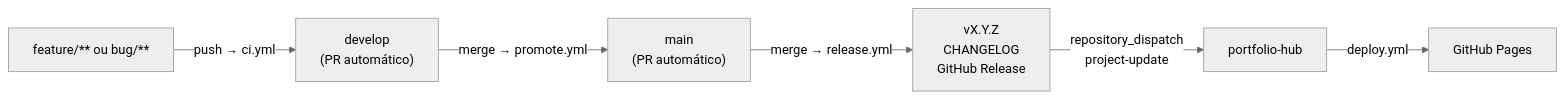
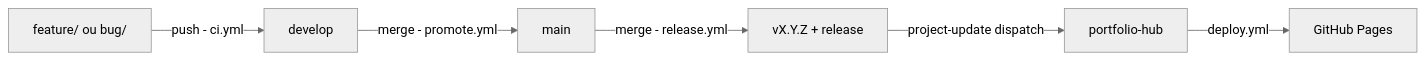
Before and after one commit to MatheusAzevedoDev/portfolio-hub: the fifth of 6 diagrams in docs/gitops-portfolio-lambda/architecture.md, drawn with Mermaid (neutral theme). The commit also changed other lines of this file and 11 other files, not shown here.

````diff
--- a/docs/gitops-portfolio-lambda/architecture.md
+++ b/docs/gitops-portfolio-lambda/architecture.md
@@ -202,8 +201,8 @@
 ```mermaid
 flowchart LR
-    F["feature/** ou bug/**"] -->|"push → ci.yml"| D["develop\n(PR automático)"]
-    D -->|"merge → promote.yml"| M["main\n(PR automático)"]
-    M -->|"merge → release.yml"| R["vX.Y.Z\nCHANGELOG\nGitHub Release"]
-    R -->|"repository_dispatch\nproject-update"| H["portfolio-hub"]
+    F["feature/ ou bug/"] -->|"push - ci.yml"| D["develop"]
+    D -->|"merge - promote.yml"| M["main"]
+    M -->|"merge - release.yml"| R["vX.Y.Z + release"]
+    R -->|"project-update dispatch"| H["portfolio-hub"]
     H -->|"deploy.yml"| P["GitHub Pages"]
 ```
````
